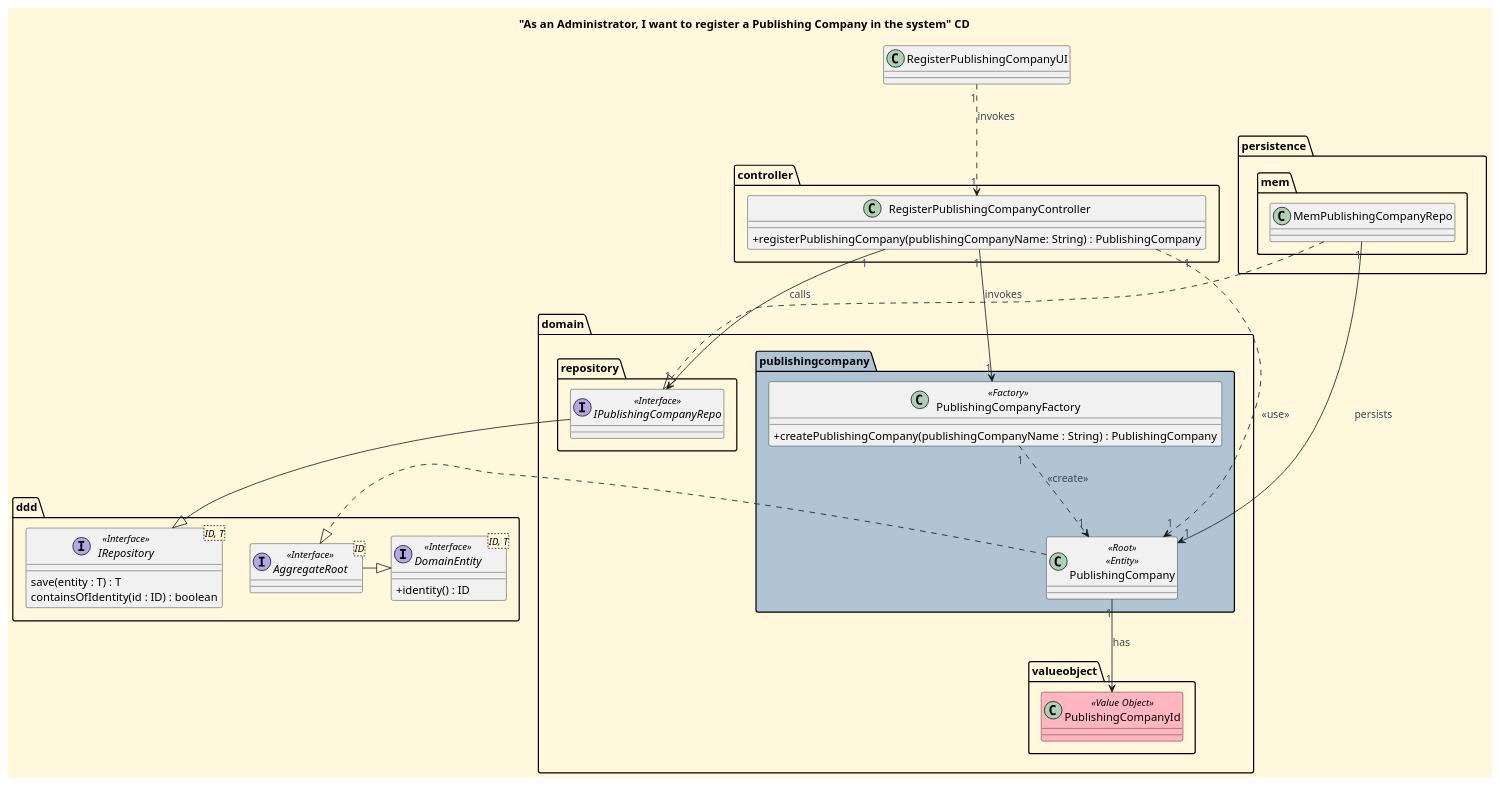
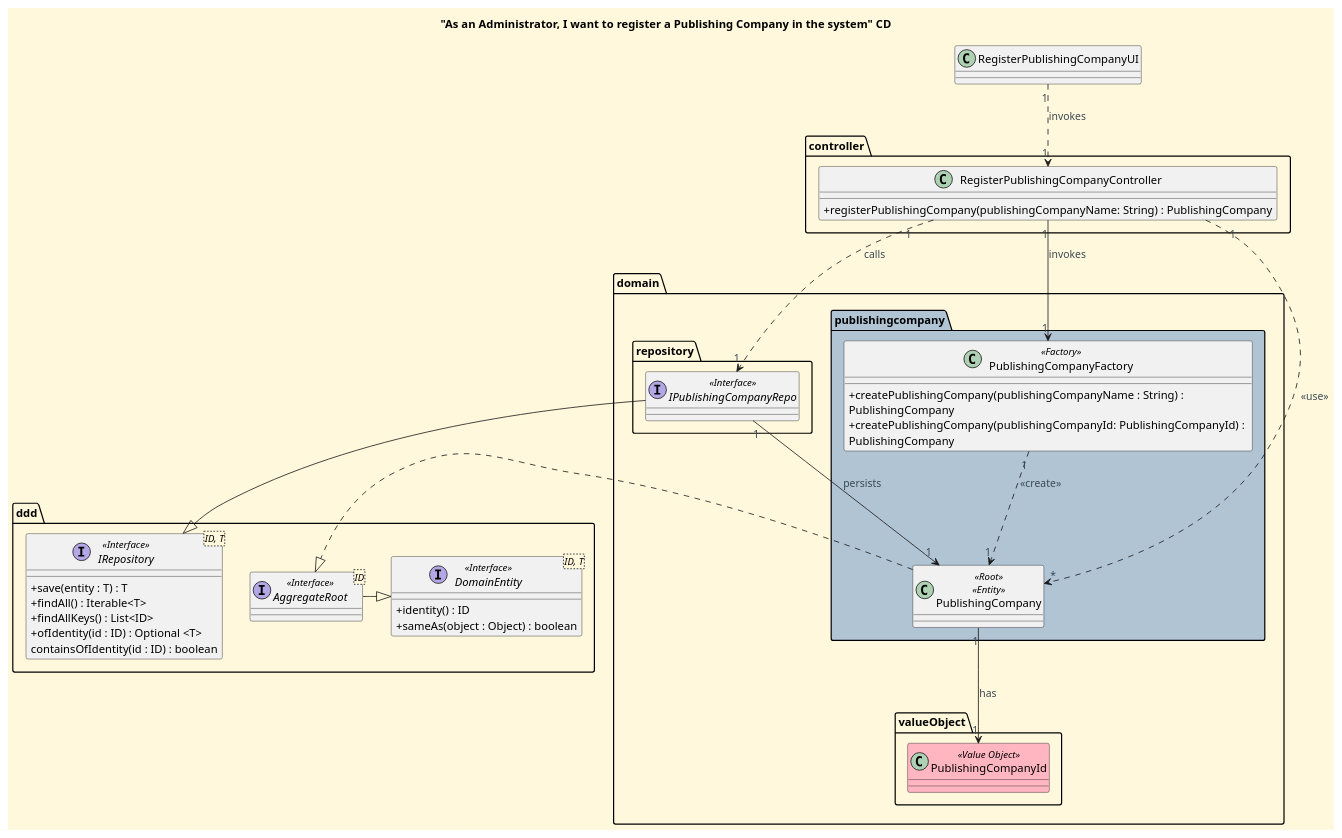
One commit to CarolinaLeite-collab/JavaMarketplacePlatform changed the diagram in docs/functionalities/admin/register-publishing-company/Register_Publishing_Company_CD.puml. Above: the diagram before and after it, drawn with PlantUML. The commit also changed 3 other files, not shown here.

Commit message:
Refactor: Update diagrams to reflect implementation. refs#730

```diff
--- a/docs/functionalities/admin/register-publishing-company/Register_Publishing_Company_CD.puml
+++ b/docs/functionalities/admin/register-publishing-company/Register_Publishing_Company_CD.puml
@@ -1,81 +1,78 @@
 @startuml
 'https://plantuml.com/class-diagram
 title "As an Administrator, I want to register a Publishing Company in the system" CD
 
 
 '==== basic style ====
 skinparam monochrome false
 skinparam shadowing false
 skinparam defaultFontName Futura
 skinparam objectFontSize 20
 skinparam backgroundColor CornSilk
 skinparam objectBackgroundColor WhiteSmoke
 skinparam noteBackgroundColor #FFFFE0
 skinparam ArrowFontColor #3B4953
 skinparam ActivationBackgroundColor black
 skinparam classAttributeIconSize 0
 
 class RegisterPublishingCompanyUI {
 }
 
-package "persistence" {
-    package "mem" {
-        class MemPublishingCompanyRepo {
-        }
-    }
-}
-
 package "controller" {
     class RegisterPublishingCompanyController {
     + registerPublishingCompany(publishingCompanyName: String) : PublishingCompany
     }
 }
 
 package "domain" {
     package "publishingcompany" #b0c4d4 {
         class PublishingCompany <<Root>> <<Entity>> {
         }
         class PublishingCompanyFactory <<Factory>> {
-        + createPublishingCompany(publishingCompanyName : String) : PublishingCompany
+                + createPublishingCompany(publishingCompanyName : String) : \nPublishingCompany
+                + createPublishingCompany(publishingCompanyId: PublishingCompanyId) : \nPublishingCompany
         }
 
     }
     package "repository" {
         interface IPublishingCompanyRepo <<Interface>> {
         }
     }
 
-    package "valueobject" {
+    package "valueObject" {
         class PublishingCompanyId <<Value Object>> #LightPink {
         }
     }
 
 }
 
 package "ddd" {
     interface IRepository <ID, T> <<Interface>> {
-        save(entity : T) : T
+        +save(entity : T) : T
+        +findAll() : Iterable<T>
+        +findAllKeys() : List<ID>
+        +ofIdentity(id : ID) : Optional <T>
         containsOfIdentity(id : ID) : boolean
     }
 
     interface AggregateRoot <ID> <<Interface>> {
     }
 
     interface DomainEntity<ID, T> <<Interface>> {
        +identity() : ID
+       +sameAs(object : Object) : boolean
     }
 }
 
 RegisterPublishingCompanyUI "1" ..> "1" RegisterPublishingCompanyController: invokes
-RegisterPublishingCompanyController "1" --> "1" IPublishingCompanyRepo: calls
+RegisterPublishingCompanyController "1" ..> "1" IPublishingCompanyRepo: calls
 RegisterPublishingCompanyController "1" --> "1" PublishingCompanyFactory : invokes
-RegisterPublishingCompanyController "1" ..> "1" PublishingCompany : <<use>>
-MemPublishingCompanyRepo ..|> IPublishingCompanyRepo
+RegisterPublishingCompanyController "1" ..> "*" PublishingCompany : <<use>>
 IPublishingCompanyRepo --|> IRepository
 PublishingCompanyFactory "1" ..> "1" PublishingCompany: <<create>>
-MemPublishingCompanyRepo "1" --> "1" PublishingCompany: persists
+IPublishingCompanyRepo "1" --> "1" PublishingCompany: persists
 PublishingCompany "1" --> "1" PublishingCompanyId: has
 AggregateRoot -|> DomainEntity
 PublishingCompany .|> AggregateRoot
 
 @enduml
```
